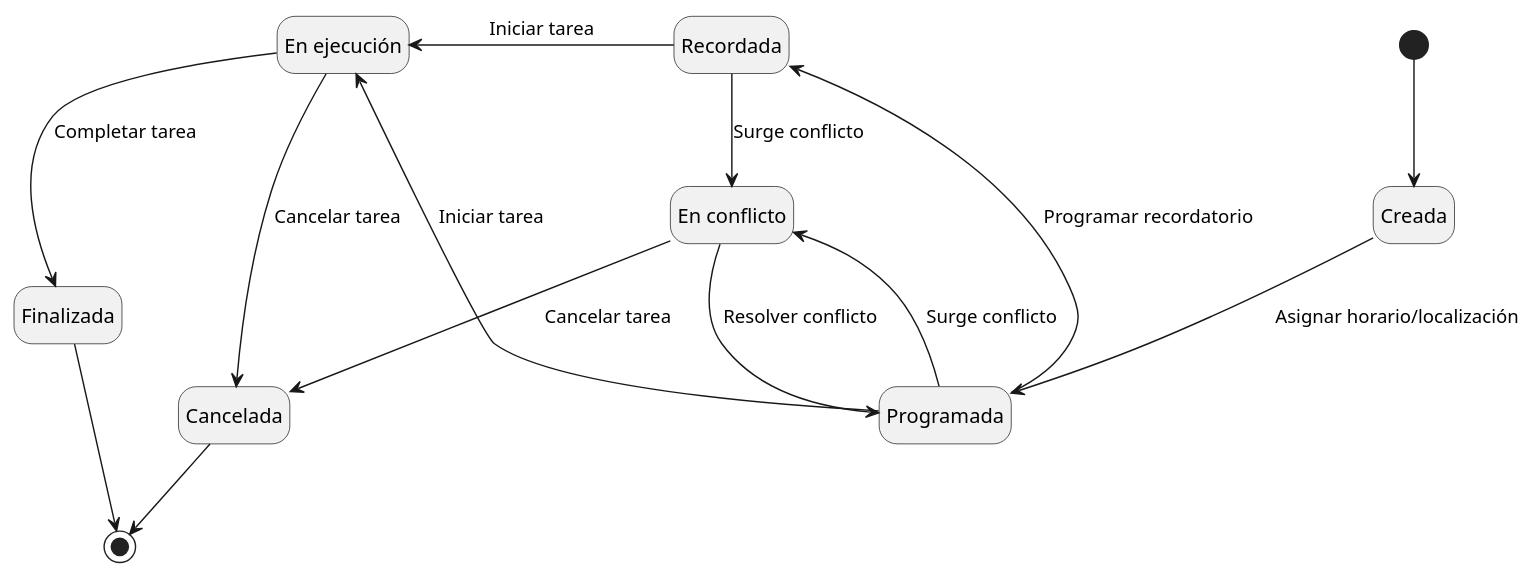
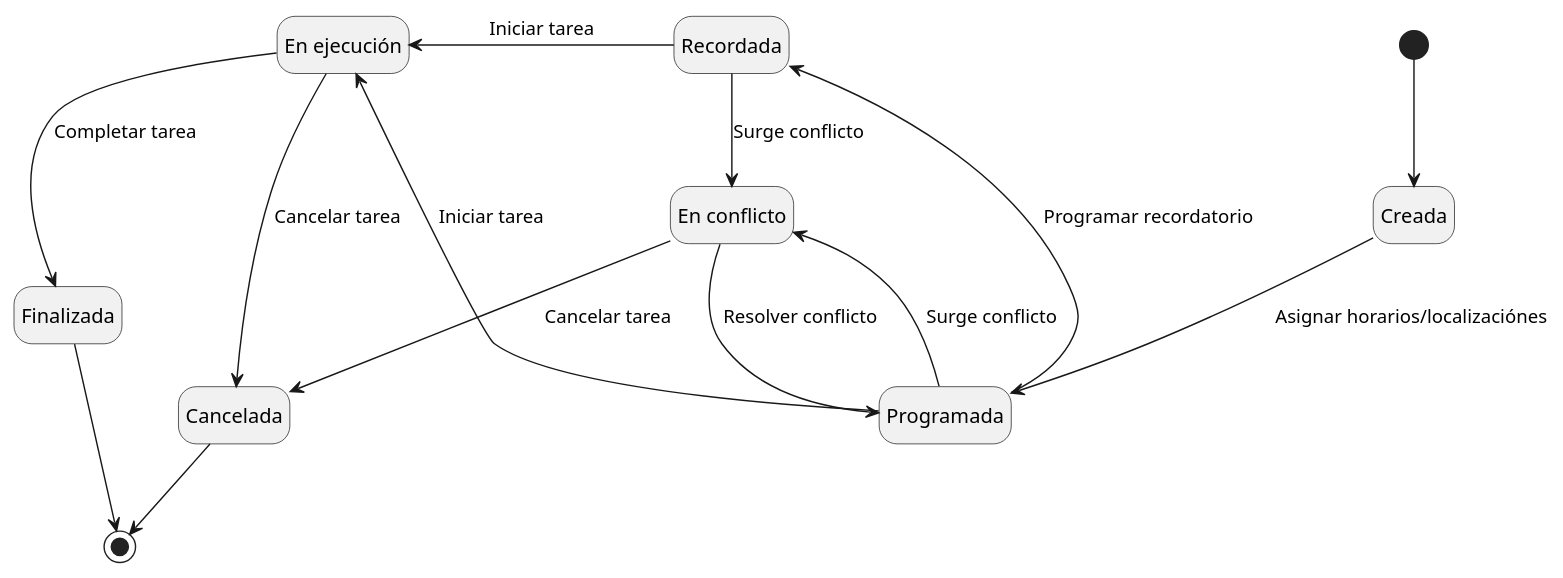
Before and after one commit to inigovaqueroo04/25-26-IdSw1-SdR: the diagram in documents/modelosUML/segundaReunion/diagramaEstados/diagramaEstados.puml, drawn with PlantUML. The commit also changed 3 other files, not shown here.

```diff
--- a/documents/modelosUML/segundaReunion/diagramaEstados/diagramaEstados.puml
+++ b/documents/modelosUML/segundaReunion/diagramaEstados/diagramaEstados.puml
@@ -1,32 +1,32 @@
 @startuml diagramaEstados
 hide empty description
 
 state "Creada" as Creada
 state "Programada" as Programada
 state "Recordada" as Recordada
 state "En ejecución" as EnEjecucion
 state "En conflicto" as Conflicto
 state "Finalizada" as Finalizada
 state "Cancelada" as Cancelada
 
 [*] --> Creada
-Creada --> Programada : Asignar horario/localización
+Creada --> Programada : Asignar horarios/localizaciónes
 
 Programada --> Recordada : Programar recordatorio
 
 Recordada -left-> EnEjecucion : Iniciar tarea
 Programada --> EnEjecucion : Iniciar tarea
 
 Programada -right-> Conflicto : Surge conflicto
 Recordada --> Conflicto : Surge conflicto
 
 EnEjecucion --> Finalizada : Completar tarea
 EnEjecucion --> Cancelada : Cancelar tarea
 
 Conflicto --> Cancelada : Cancelar tarea
 Conflicto --> Programada : Resolver conflicto
 
 Finalizada --> [*]
 Cancelada --> [*]
 
 @enduml
```
